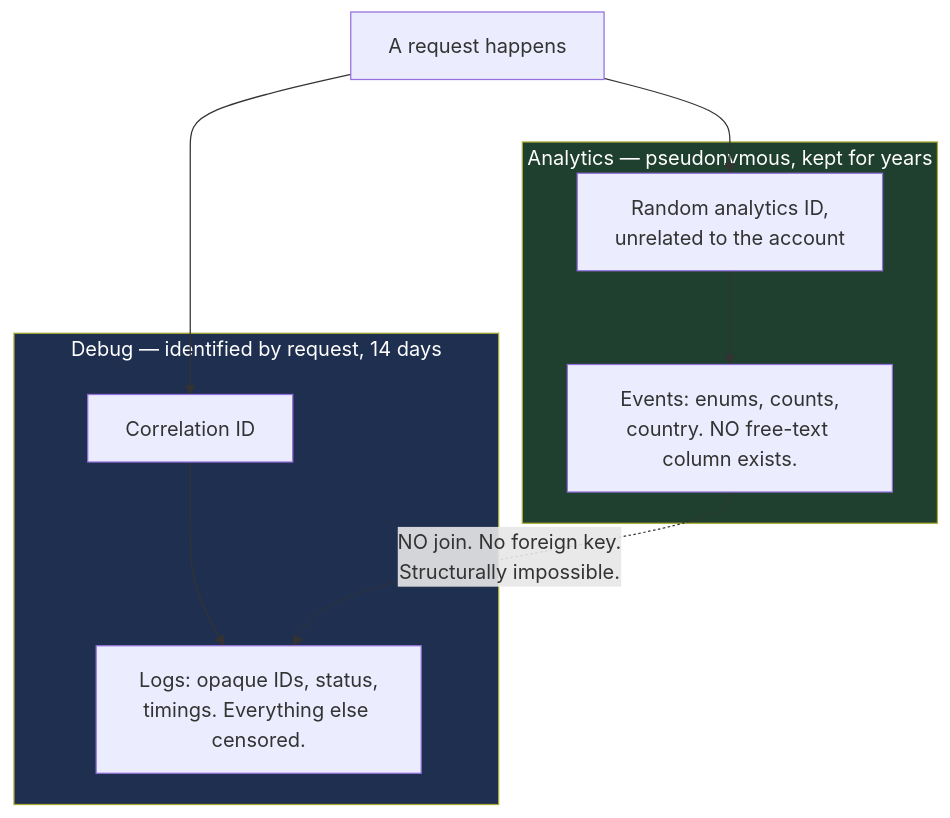
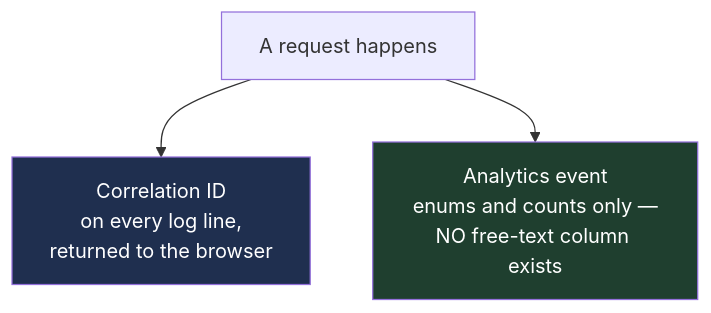
Before and after one commit to alvarexander/ai-dungeon-master: the sixth of 7 diagrams in ARCHITECTURE.md, drawn with Mermaid. The commit also changed other lines of this file and 77 other files, not shown here.

````diff
--- a/ARCHITECTURE.md
+++ b/ARCHITECTURE.md
@@ -288,21 +232,12 @@
 ```mermaid
 graph TB
     U["A request happens"]
+    CID["Correlation ID<br/>on every log line,<br/>returned to the browser"]
+    EV["Analytics event<br/>enums and counts only —<br/>NO free-text column exists"]
 
-    subgraph an["Analytics — pseudonymous, kept for years"]
-        AID["Random analytics ID,<br/>unrelated to the account"]
-        EV["Events: enums, counts,<br/>country. NO free-text column exists."]
-    end
+    U --> CID
+    U --> EV
 
-    subgraph dbg["Debug — identified by request, 14 days"]
-        CID["Correlation ID"]
-        LOGS["Logs: opaque IDs, status,<br/>timings. Everything else censored."]
-    end
-
-    U --> AID --> EV
-    U --> CID --> LOGS
-    EV -.->|"NO join. No foreign key.<br/>Structurally impossible."| LOGS
-
-    style an fill:#1f3f2f,color:#fff
-    style dbg fill:#1f2f4f,color:#fff
+    style CID fill:#1f2f4f,color:#fff
+    style EV fill:#1f3f2f,color:#fff
 ```
````
